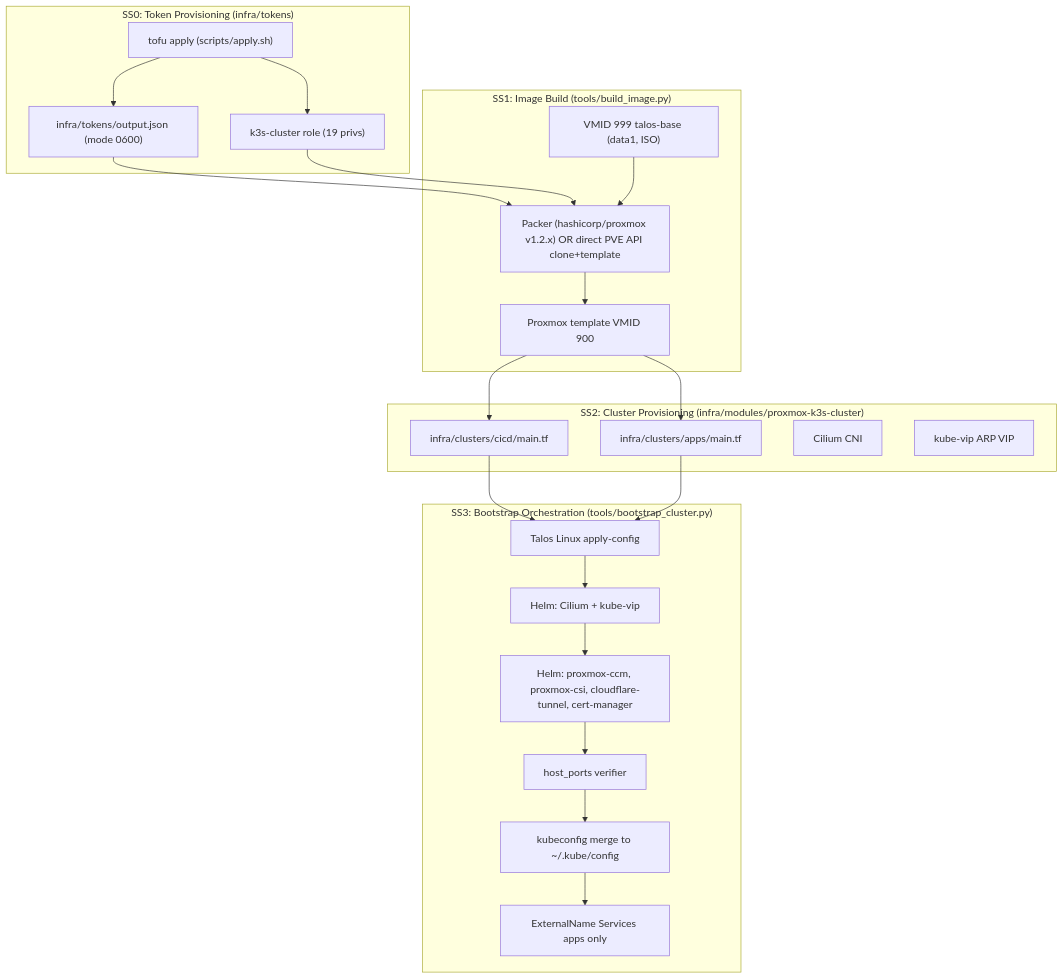
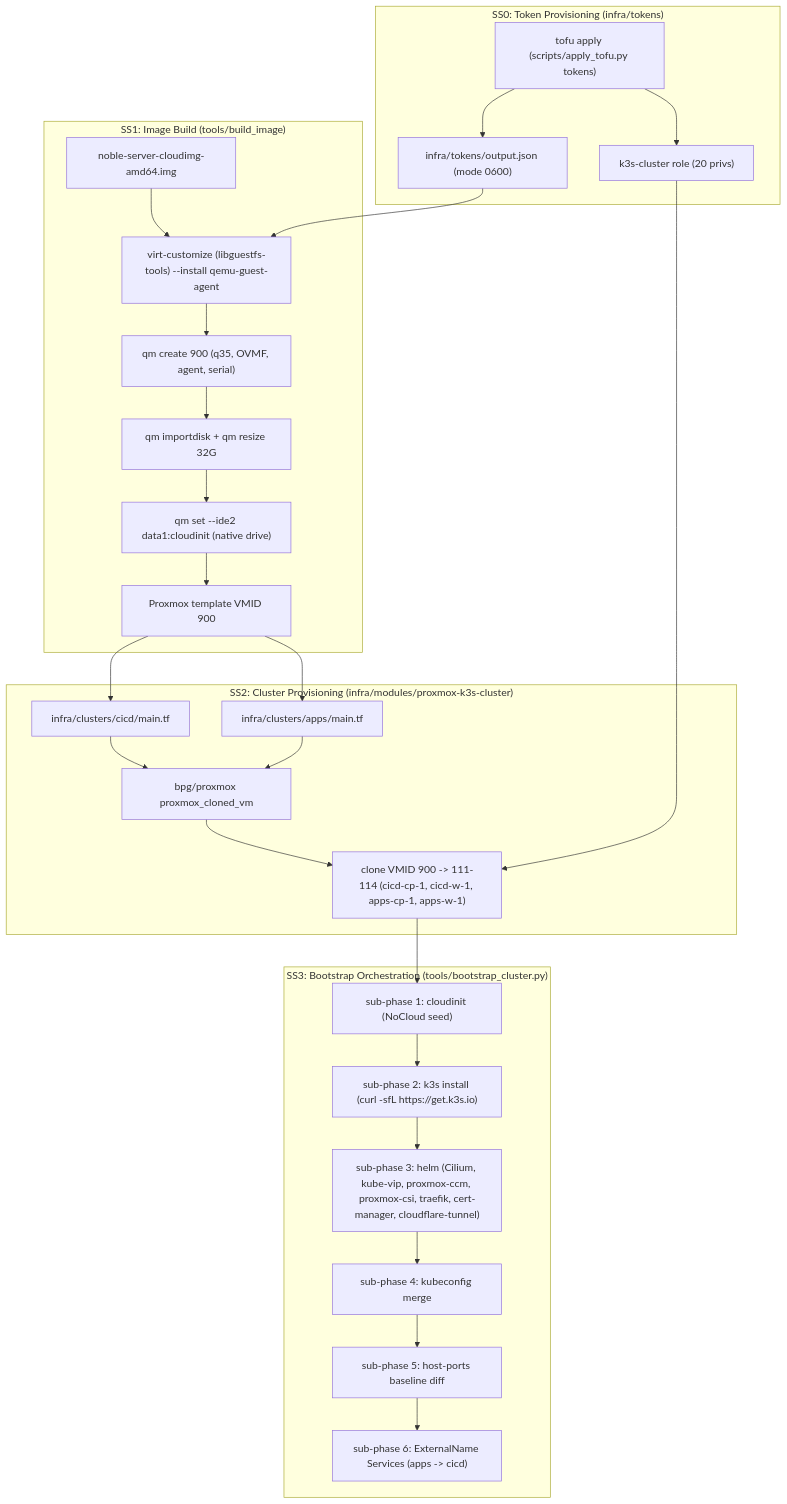
The first of 2 diagrams in docs/architecture.md (bruj0/proxmox-k8s-cicd), drawn with Mermaid before and after one commit. The commit also changed other lines of this file and 5 other files, not shown here.

````diff
--- a/docs/architecture.md
+++ b/docs/architecture.md
@@ -14,46 +16,54 @@
 ```mermaid
 flowchart TB
   subgraph SS0["SS0: Token Provisioning (infra/tokens)"]
-    TofuTokens["tofu apply (scripts/apply.sh)"]
-    Role19["k3s-cluster role (19 privs)"]
+    TofuTokens["tofu apply (scripts/apply_tofu.py tokens)"]
+    Role20["k3s-cluster role (20 privs)"]
     OutputJson["infra/tokens/output.json (mode 0600)"]
   end
 
-  subgraph SS1["SS1: Image Build (tools/build_image.py)"]
-    TalosBase["VMID 999 talos-base (data1, ISO)"]
-    Packer["Packer (hashicorp/proxmox v1.2.x) OR direct PVE API clone+template"]
-    Template[Proxmox template VMID 900]
+  subgraph SS1["SS1: Image Build (tools/build_image)"]
+    CloudImage["noble-server-cloudimg-amd64.img"]
+    VirtCustomize["virt-customize (libguestfs-tools) --install qemu-guest-agent"]
+    QmCreate["qm create 900 (q35, OVMF, agent, serial)"]
+    QmImportdisk["qm importdisk + qm resize 32G"]
+    CloudInitDrive["qm set --ide2 data1:cloudinit (native drive)"]
+    Template["Proxmox template VMID 900"]
   end
 
   subgraph SS2["SS2: Cluster Provisioning (infra/modules/proxmox-k3s-cluster)"]
-    TofuCicd[infra/clusters/cicd/main.tf]
-    TofuApps[infra/clusters/apps/main.tf]
-    Cilium[Cilium CNI]
-    KubeVip[kube-vip ARP VIP]
+    TofuCicd["infra/clusters/cicd/main.tf"]
+    TofuApps["infra/clusters/apps/main.tf"]
+    BpgProvider["bpg/proxmox proxmox_cloned_vm"]
+    CloneVm["clone VMID 900 -> 111-114 (cicd-cp-1, cicd-w-1, apps-cp-1, apps-w-1)"]
   end
 
   subgraph SS3["SS3: Bootstrap Orchestration (tools/bootstrap_cluster.py)"]
-    Talos[Talos Linux apply-config]
-    HelmFirstTwo[Helm: Cilium + kube-vip]
-    HelmRemaining[Helm: proxmox-ccm, proxmox-csi, cloudflare-tunnel, cert-manager]
-    HostPorts[host_ports verifier]
-    Kubeconfig[kubeconfig merge to ~/.kube/config]
-    ExternalName[ExternalName Services apps only]
+    Cloudinit["sub-phase 1: cloudinit (NoCloud seed)"]
+    K3s["sub-phase 2: k3s install (curl -sfL https://get.k3s.io)"]
+    Helm["sub-phase 3: helm (Cilium, kube-vip, proxmox-ccm, proxmox-csi, traefik, cert-manager, cloudflare-tunnel)"]
+    Kubeconfig["sub-phase 4: kubeconfig merge"]
+    HostPorts["sub-phase 5: host-ports baseline diff"]
+    ExternalName["sub-phase 6: ExternalName Services (apps -> cicd)"]
   end
 
-  TofuTokens --> OutputJson
-  TofuTokens --> Role19
-  OutputJson --> Packer
-  Role19 --> Packer
-  TalosBase --> Packer
-  Packer --> Template
+  CloudImage --> VirtCustomize
+  VirtCustomize --> QmCreate
+  QmCreate --> QmImportdisk
+  QmImportdisk --> CloudInitDrive
+  CloudInitDrive --> Template
   Template --> TofuCicd
   Template --> TofuApps
-  TofuCicd --> Talos
-  TofuApps --> Talos
-  Talos --> HelmFirstTwo
-  HelmFirstTwo --> HelmRemaining
-  HelmRemaining --> HostPorts
-  HostPorts --> Kubeconfig
-  Kubeconfig --> ExternalName
+  TofuCicd --> BpgProvider
+  TofuApps --> BpgProvider
+  BpgProvider --> CloneVm
+  CloneVm --> Cloudinit
+  Cloudinit --> K3s
+  K3s --> Helm
+  Helm --> Kubeconfig
+  Kubeconfig --> HostPorts
+  HostPorts --> ExternalName
+  TofuTokens --> OutputJson
+  TofuTokens --> Role20
+  OutputJson --> VirtCustomize
+  Role20 --> CloneVm
 ```
````
